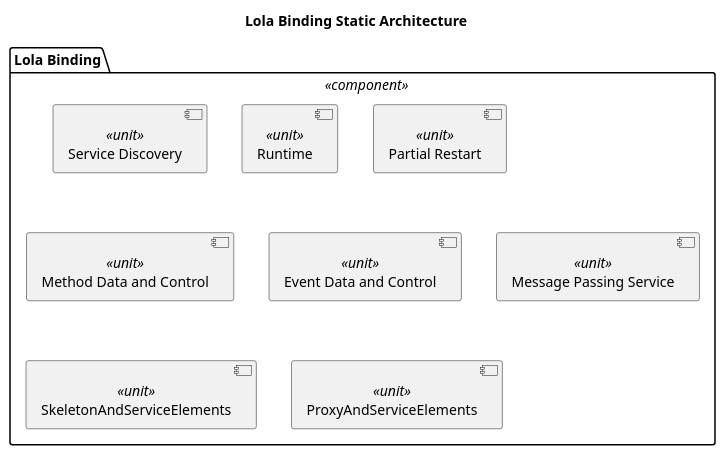
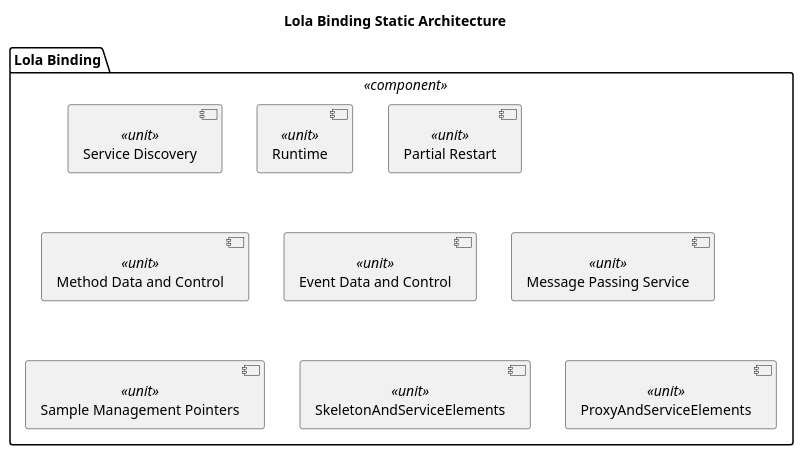
Before and after one commit to eclipse-score/communication: the diagram in score/mw/com/dependability/architectural_design/static_design/lola_binding.puml, drawn with PlantUML. The commit also changed 2 other files, not shown here.

```diff
--- a/score/mw/com/dependability/architectural_design/static_design/lola_binding.puml
+++ b/score/mw/com/dependability/architectural_design/static_design/lola_binding.puml
@@ -13,17 +13,18 @@
 @startuml safety_sentinel_lola_binding_design
 title "Lola Binding Static Architecture"
 
 package "Lola Binding" as lola_binding <<component>> {
   component "Service Discovery" as service_discovery <<unit>> 
   component "Runtime" as runtime <<unit>> 
   component "Partial Restart" as partial_restart <<unit>>
   component "Method Data and Control" as method_data_control <<unit>> 
   component "Event Data and Control" as event_data_control <<unit>> 
   component "Message Passing Service" as message_passing_service <<unit>> 
+  component "Sample Management Pointers" as slot_pointers <<unit>>
 
   component "SkeletonAndServiceElements" as skeleton_and_service_elements <<unit>> 
   
   component "ProxyAndServiceElements" as proxy_and_service_elements <<unit>> 
 }
 
 @enduml
```
